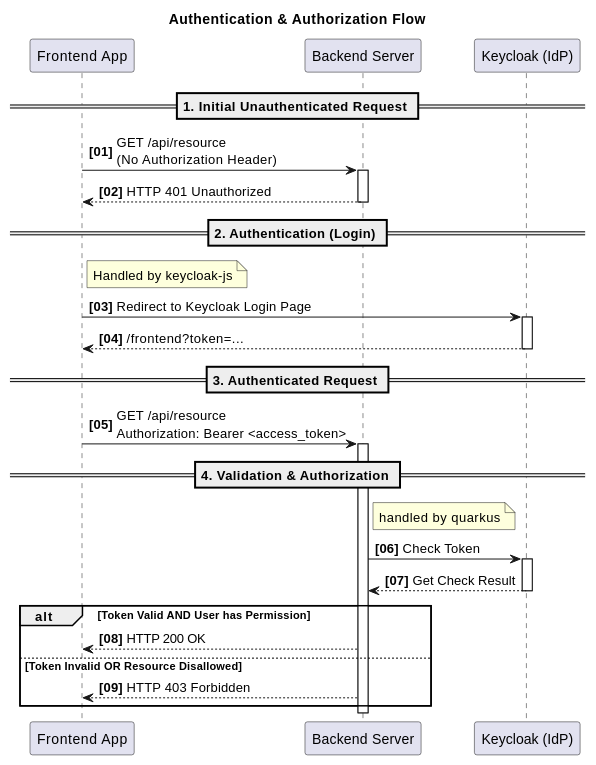
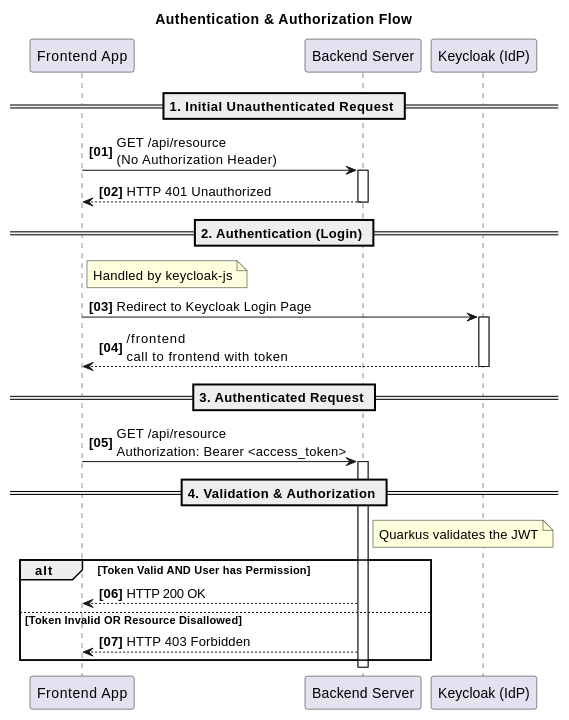
One commit to 2526-4ahitm-itp/2526-4ahitm-franklyn changed the diagram in hugo/content/docs/architecture/authentication/index.md. Above: the diagram before and after it, drawn with PlantUML.

Commit message:
docs: update quarkus auth diagram

````diff
--- a/hugo/content/docs/architecture/authentication/index.md
+++ b/hugo/content/docs/architecture/authentication/index.md
@@ -6,48 +6,43 @@
 ```plantuml
 @startuml
 skinparam responseMessageBelowArrow true
 autonumber "<b>[00]</b>"
 
 participant "Frontend App" as FE
 participant "Backend Server" as BE
 participant "Keycloak (IdP)" as KC
 
 title Authentication & Authorization Flow
 
 == 1. Initial Unauthenticated Request ==
 FE -> BE: GET /api/resource\n(No Authorization Header)
 activate BE
 BE --> FE: HTTP 401 Unauthorized
 deactivate BE
 
 == 2. Authentication (Login) ==
 note right of FE: Handled by keycloak-js
 FE -> KC: Redirect to Keycloak Login Page
 activate KC
-KC --> FE: /frontend?token=...
+KC --> FE: /frontend \ncall to frontend with token
 deactivate KC
 
 == 3. Authenticated Request ==
 FE -> BE: GET /api/resource\nAuthorization: Bearer <access_token>
 activate BE
 
 == 4. Validation & Authorization ==
 note right of BE
-    handled by quarkus
+    Quarkus validates the JWT
 end note
 
-
-BE -> KC: Check Token
-activate KC
-KC --> BE: Get Check Result
-deactivate KC
 
 alt Token Valid AND User has Permission
     BE --> FE: HTTP 200 OK
 else Token Invalid OR Resource Disallowed
     BE --> FE: HTTP 403 Forbidden
 end
 
 deactivate BE
 @enduml
 ```
````
